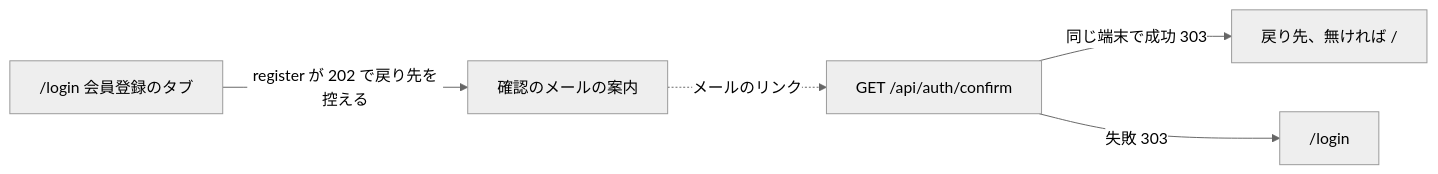
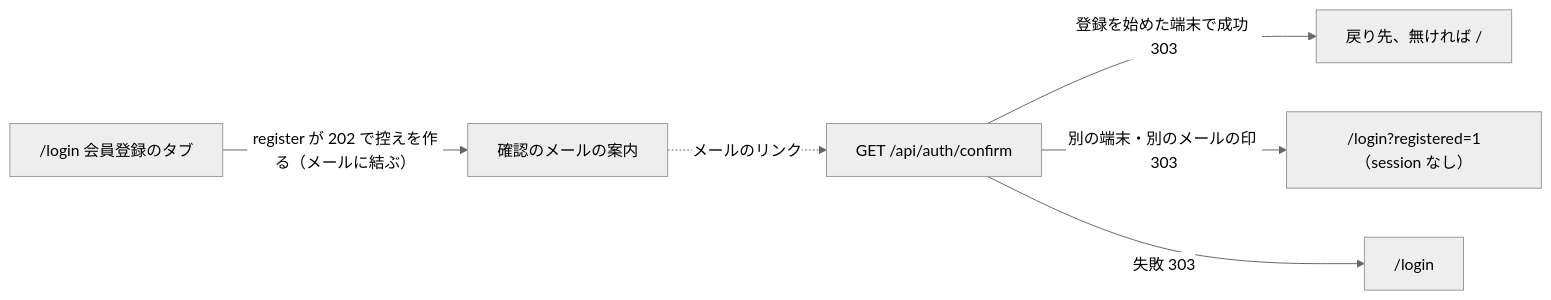
Before and after one commit to ChocoWork/o_official: the tenth of 17 diagrams in docs/03_BasicDesign/areas/auth.md, drawn with Mermaid (neutral theme). The commit also changed other lines of this file and 177 other files, not shown here.

````diff
--- a/docs/03_BasicDesign/areas/auth.md
+++ b/docs/03_BasicDesign/areas/auth.md
@@ -573,7 +573,8 @@
 ```mermaid
 flowchart LR
-  A["/login 会員登録のタブ"] -->|register が 202 で戻り先を控える| B["確認のメールの案内"]
+  A["/login 会員登録のタブ"] -->|register が 202 で控えを作る（メールに結ぶ）| B["確認のメールの案内"]
   B -.->|メールのリンク| C["GET /api/auth/confirm"]
-  C -->|同じ端末で成功 303| D["戻り先、無ければ /"]
+  C -->|登録を始めた端末で成功 303| D["戻り先、無ければ /"]
+  C -->|別の端末・別のメールの印 303| E["/login?registered=1（session なし）"]
   C -->|失敗 303| F["/login"]
 ```
````
